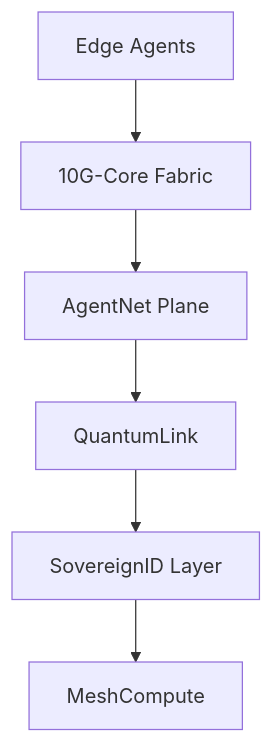
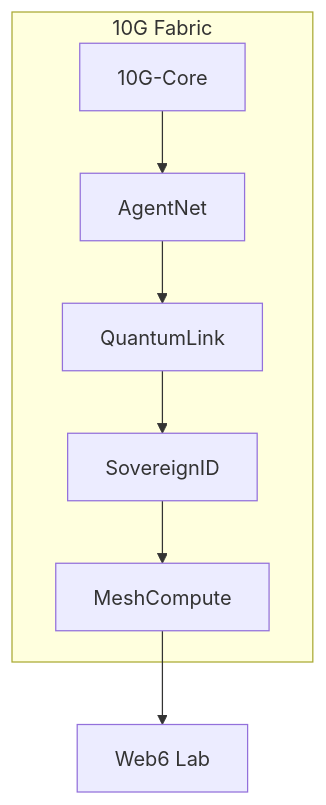
The diagram in docs/architecture/10g-system-architecture.md (vxssroot/web6-10g-lab), drawn with Mermaid before and after one commit. The commit also changed other lines of this file and 7 other files, not shown here.

````diff
--- a/docs/architecture/10g-system-architecture.md
+++ b/docs/architecture/10g-system-architecture.md
@@ -5,8 +15,10 @@
 ```mermaid
 graph TD
-    A[Edge Agents] --> B[10G-Core Fabric]
-    B --> C[AgentNet Plane]
-    C --> D[QuantumLink]
-    D --> E[SovereignID Layer]
-    E --> F[MeshCompute]
+    subgraph "10G Fabric"
+        A[10G-Core] --> B[AgentNet]
+        B --> C[QuantumLink]
+        C --> D[SovereignID]
+        D --> E[MeshCompute]
+    end
+    E --> F[Web6 Lab]
 ```
````
